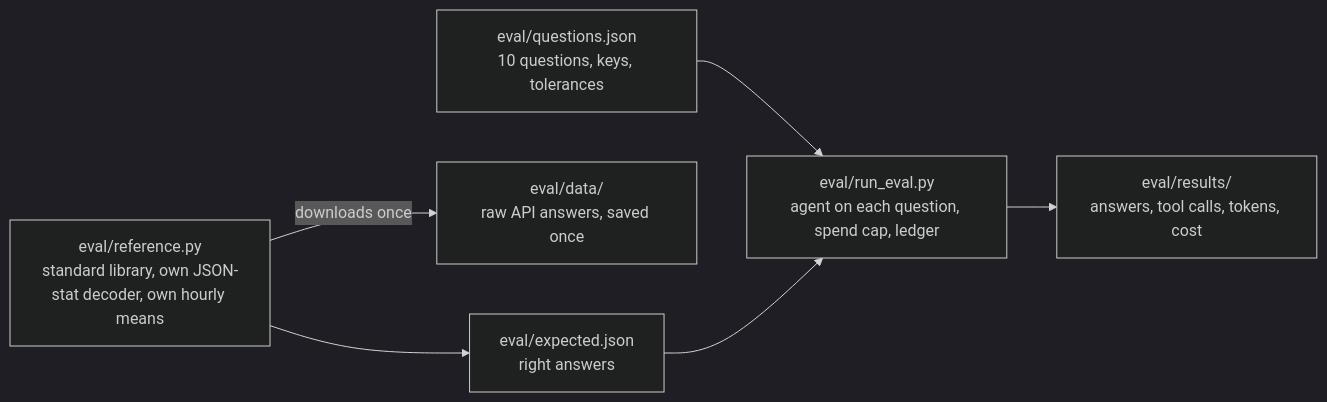
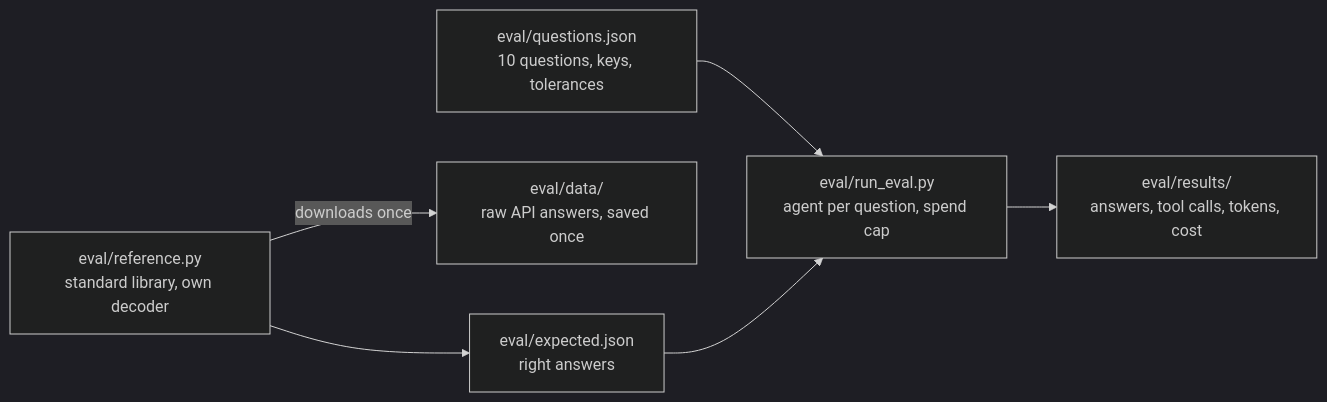
Before and after one commit to batutho-dot/sustainability-data-agent: the third of 3 diagrams in docs/architecture.md, drawn with Mermaid (dark theme). The commit also changed other lines of this file and 2 other files, not shown here.

````diff
--- a/docs/architecture.md
+++ b/docs/architecture.md
@@ -89,15 +79,15 @@
 ```mermaid
 flowchart LR
     q["eval/questions.json<br/>10 questions, keys, tolerances"]
-    ref["eval/reference.py<br/>standard library, own JSON-stat decoder, own hourly means"]
+    ref["eval/reference.py<br/>standard library, own decoder"]
     raw["eval/data/<br/>raw API answers, saved once"]
     exp["eval/expected.json<br/>right answers"]
-    run["eval/run_eval.py<br/>agent on each question, spend cap, ledger"]
+    run["eval/run_eval.py<br/>agent per question, spend cap"]
     res["eval/results/<br/>answers, tool calls, tokens, cost"]
 
     ref -->|"downloads once"| raw
     ref --> exp
     q --> run
     exp --> run
     run --> res
 ```
````
